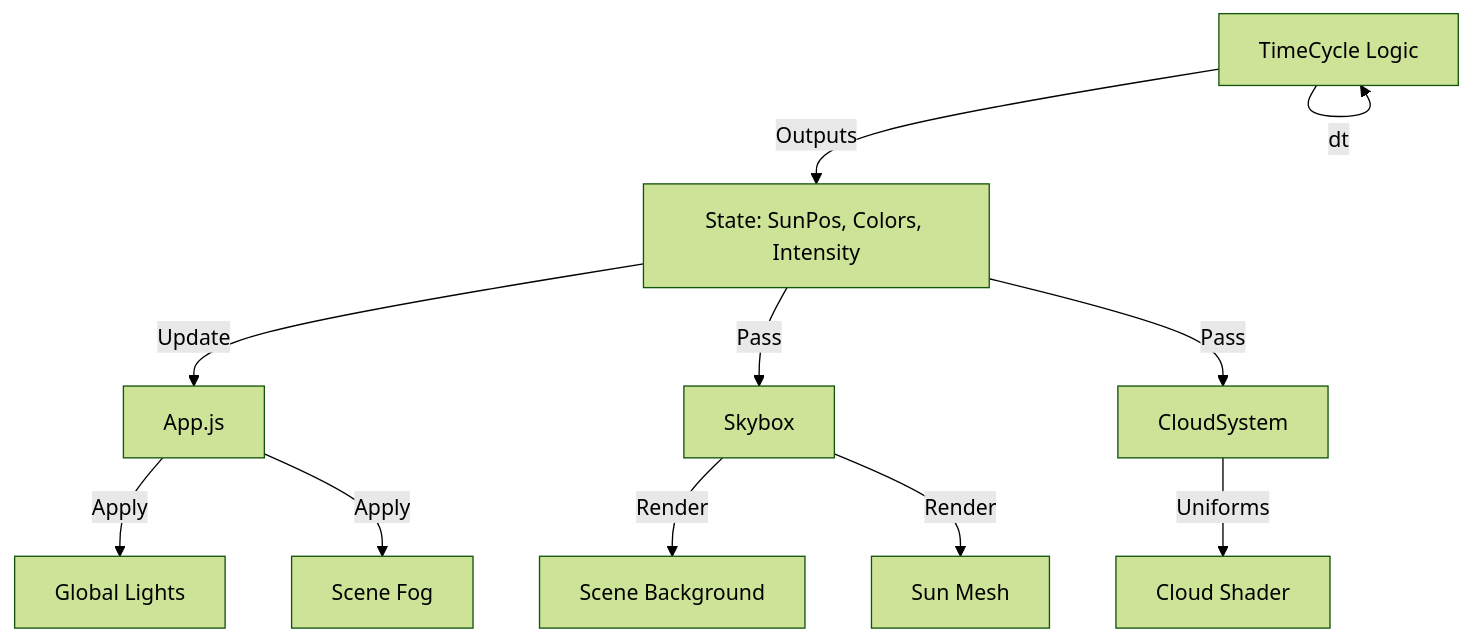
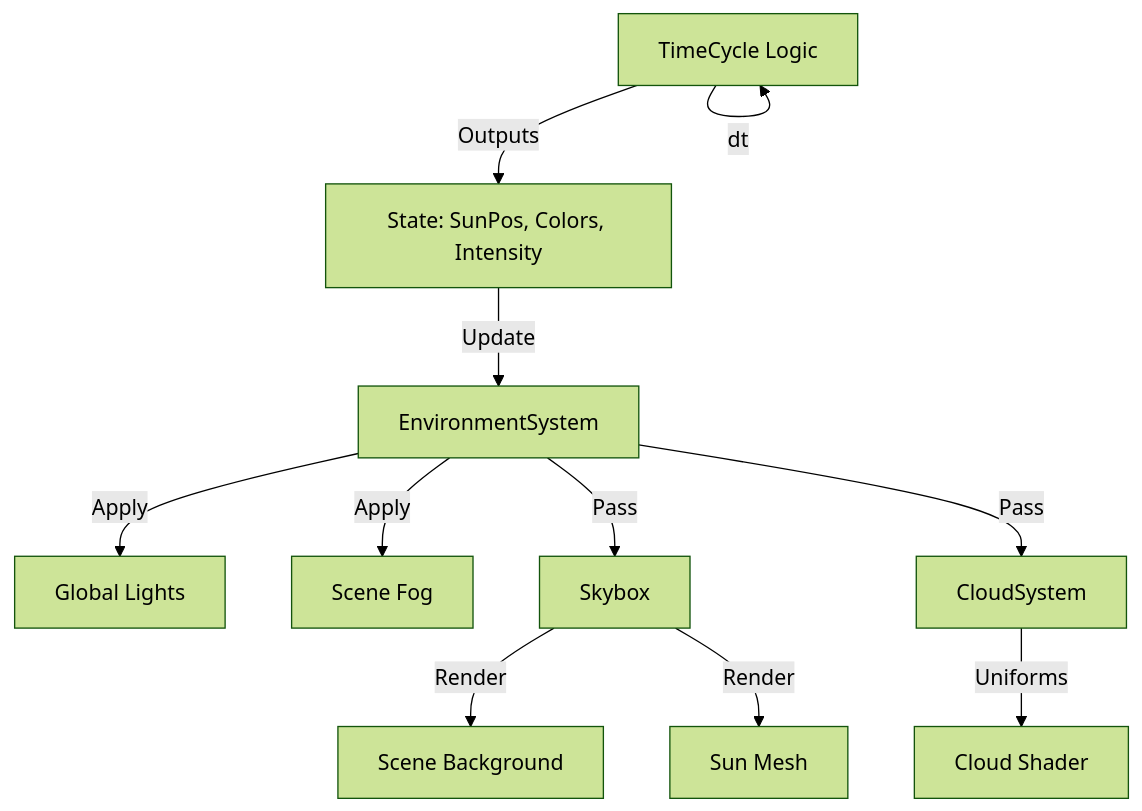
One commit to DanteMarone/Drone-City-Flight changed the diagram in docs/environment_system.md. Above: the diagram before and after it, drawn with Mermaid (forest theme). The commit also changed other lines of this file and 3 other files, not shown here.

````diff
--- a/docs/environment_system.md
+++ b/docs/environment_system.md
@@ -17,16 +18,16 @@
 ```mermaid
 graph TD
     TC[TimeCycle Logic] -->|dt| TC
     TC -->|Outputs| State[State: SunPos, Colors, Intensity]
 
-    State -->|Update| App[App.js]
-    App -->|Apply| GL[Global Lights]
-    App -->|Apply| Fog[Scene Fog]
+    State -->|Update| Env[EnvironmentSystem]
+    Env -->|Apply| GL[Global Lights]
+    Env -->|Apply| Fog[Scene Fog]
 
-    State -->|Pass| Sky[Skybox]
+    Env -->|Pass| Sky[Skybox]
     Sky -->|Render| Bg[Scene Background]
     Sky -->|Render| Sun[Sun Mesh]
 
-    State -->|Pass| Clouds[CloudSystem]
+    Env -->|Pass| Clouds[CloudSystem]
     Clouds -->|Uniforms| Shader[Cloud Shader]
 ```
````
